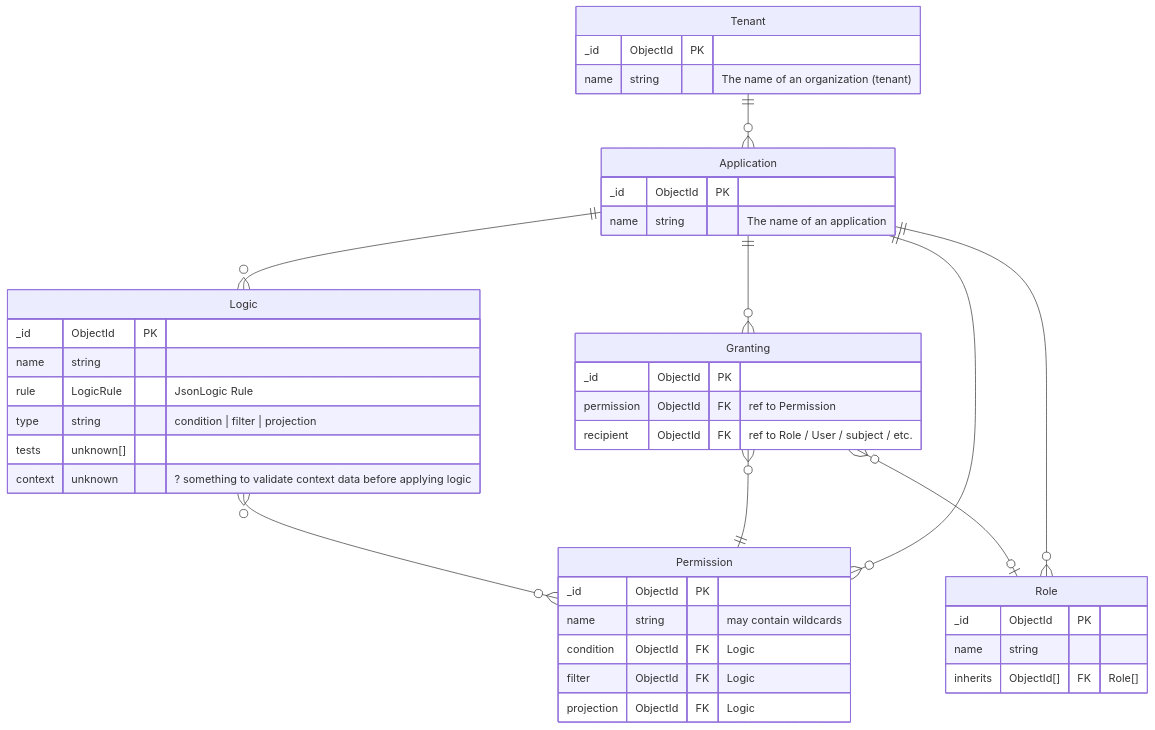
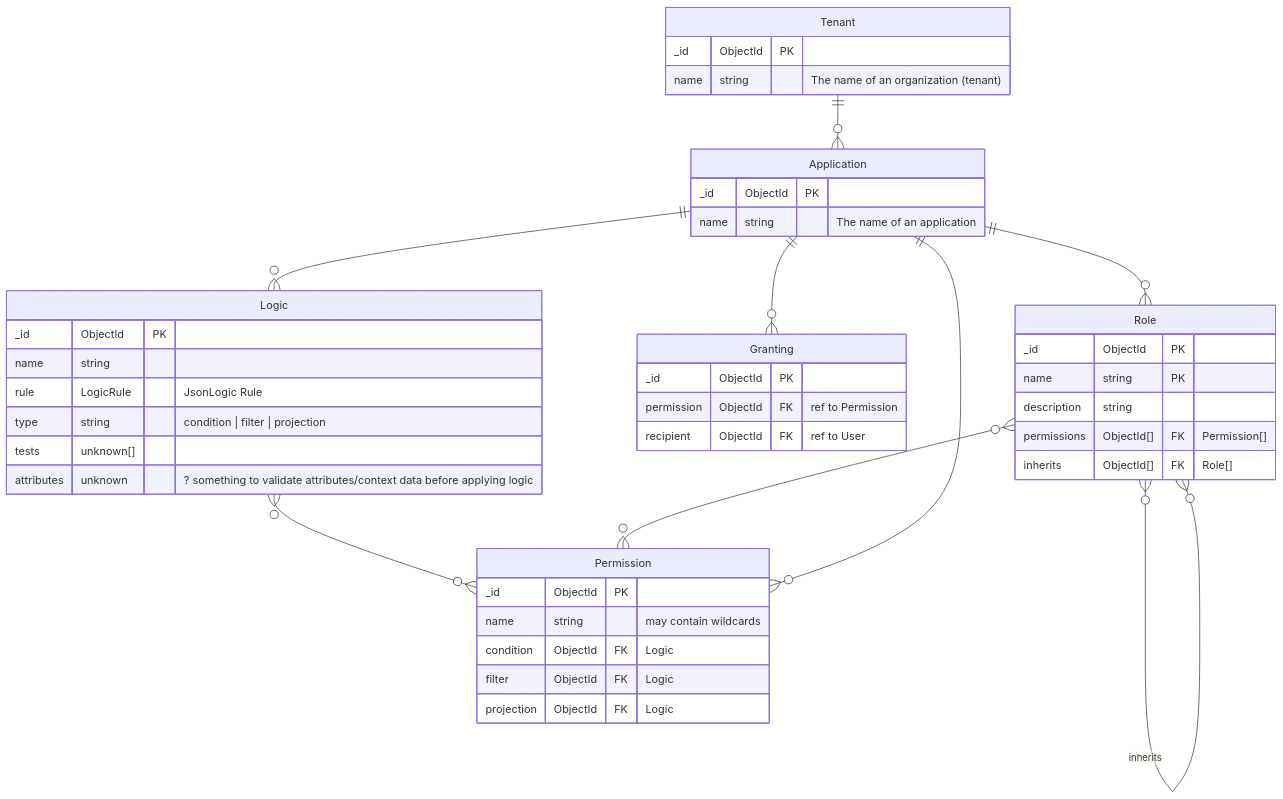
One commit to policer-io/policer-io changed the diagram in README.md. Above: the diagram before and after it, drawn with Mermaid.

Commit message:
docs: simplyfy data mode by avoiding grantings

````diff
--- a/README.md
+++ b/README.md
@@ -151,50 +151,52 @@
 ```mermaid
 erDiagram
     Logic }o--o{ Permission : ""
 
     Logic {
         _id ObjectId PK ""
         name string ""
         rule LogicRule "JsonLogic Rule"
         type string "condition | filter | projection"
         tests unknown[] ""
-        context unknown "? something to validate context data before applying logic"
+        attributes unknown "? something to validate attributes/context data before applying logic"
     }
 
     Granting {
         _id ObjectId PK ""
         permission ObjectId FK "ref to Permission"
-        recipient ObjectId FK "ref to Role / User / subject / etc."
+        recipient ObjectId FK "ref to User"
     }
-    Granting }o--|| Permission : ""
-    Granting }o--o| Role : ""
 
     Permission {
         _id ObjectId PK ""
         name string "may contain wildcards"
         condition ObjectId FK "Logic"
         filter ObjectId FK "Logic"
         projection ObjectId FK "Logic"
     }
 
     Role {
         _id ObjectId PK ""
-        name string ""
+        name string PK ""
+        description string ""
+        permissions ObjectId[] FK "Permission[]"
         inherits ObjectId[] FK "Role[]"
     }
+    Role }o--o{ Permission : ""
+    Role }o--o{ Role : "inherits"
 
     Tenant {
         _id ObjectId PK ""
         name string "The name of an organization (tenant)"
     }
     Tenant ||--o{ Application : ""
 
     Application {
         _id ObjectId PK ""
         name string "The name of an application"
     }
     Application ||--o{ Logic : ""
     Application ||--o{ Role : ""
     Application ||--o{ Permission : ""
     Application ||--o{ Granting : ""
 ```
````
